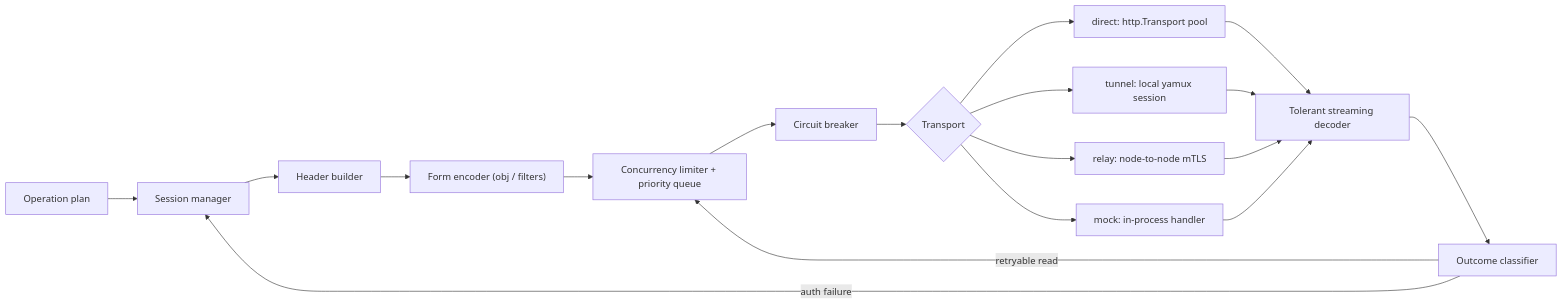
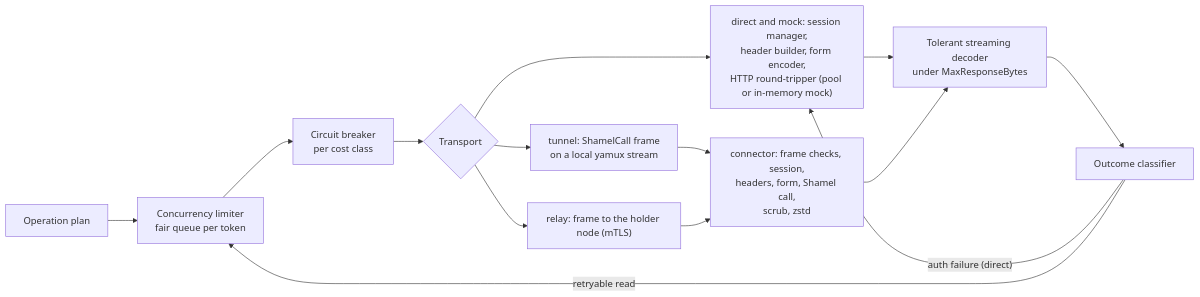
Before and after one commit to Web3Abbas/Shamel: the eighth of 11 diagrams in docs/design/01-architecture.md, drawn with Mermaid. The commit also changed other lines of this file and 3 other files, not shown here.

First line of the commit message:
Continue applying review findings across architecture, security, permissions and operations (in progress)

````diff
--- a/docs/design/01-architecture.md
+++ b/docs/design/01-architecture.md
@@ -658,14 +822,12 @@
 ```mermaid
 flowchart LR
-  op["Operation plan"] --> sess["Session manager"]
-  sess --> hb["Header builder"] --> fe["Form encoder (obj / filters)"]
-  fe --> lim["Concurrency limiter + priority queue"] --> br["Circuit breaker"]
+  op["Operation plan"] --> lim["Concurrency limiter<br/>fair queue per token"] --> br["Circuit breaker<br/>per cost class"]
   br --> tr{"Transport"}
-  tr --> d["direct: http.Transport pool"]
-  tr --> t["tunnel: local yamux session"]
-  tr --> r["relay: node-to-node mTLS"]
-  tr --> m["mock: in-process handler"]
-  d & t & r & m --> dec["Tolerant streaming decoder"] --> cls["Outcome classifier"]
-  cls -->|"auth failure"| sess
+  tr --> d["direct and mock: session manager,<br/>header builder, form encoder,<br/>HTTP round-tripper (pool or in-memory mock)"]
+  tr --> t["tunnel: ShamelCall frame<br/>on a local yamux stream"]
+  tr --> r["relay: frame to the holder node (mTLS)"]
+  t & r --> k["connector: frame checks, session,<br/>headers, form, Shamel call,<br/>scrub, zstd"]
+  d & k --> dec["Tolerant streaming decoder<br/>under MaxResponseBytes"] --> cls["Outcome classifier"]
+  cls -->|"auth failure (direct)"| d
   cls -->|"retryable read"| lim
 ```
````
